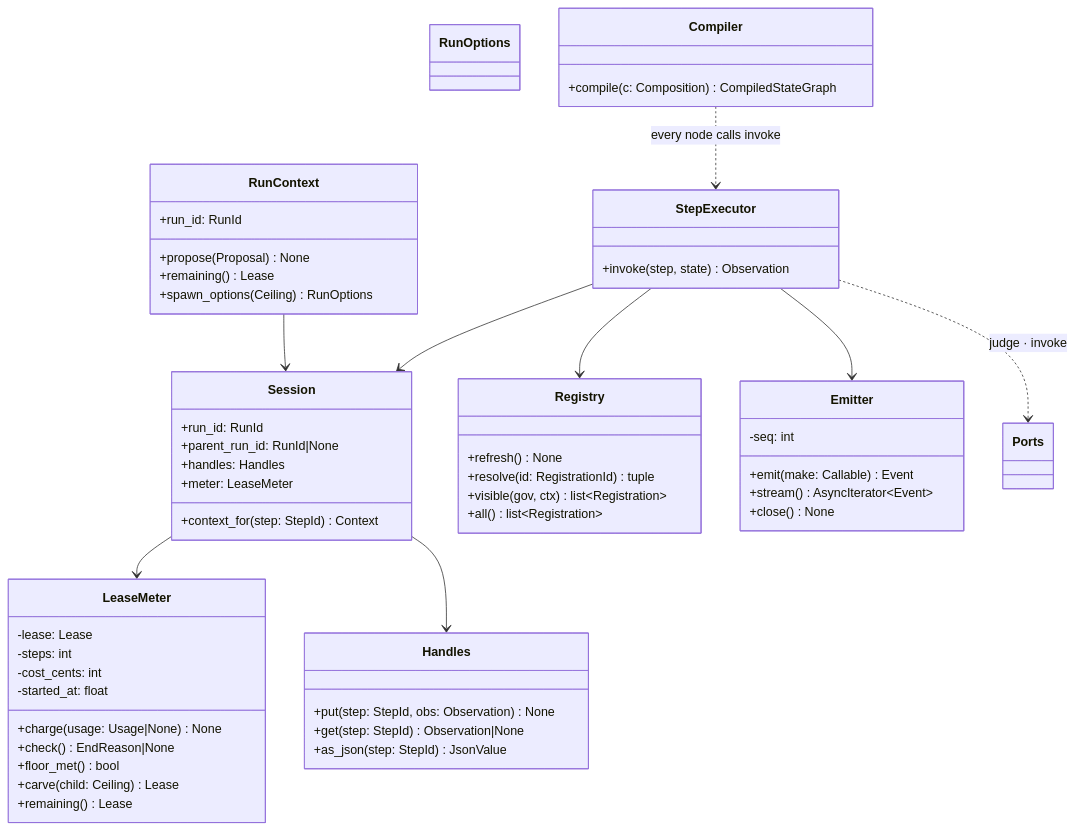
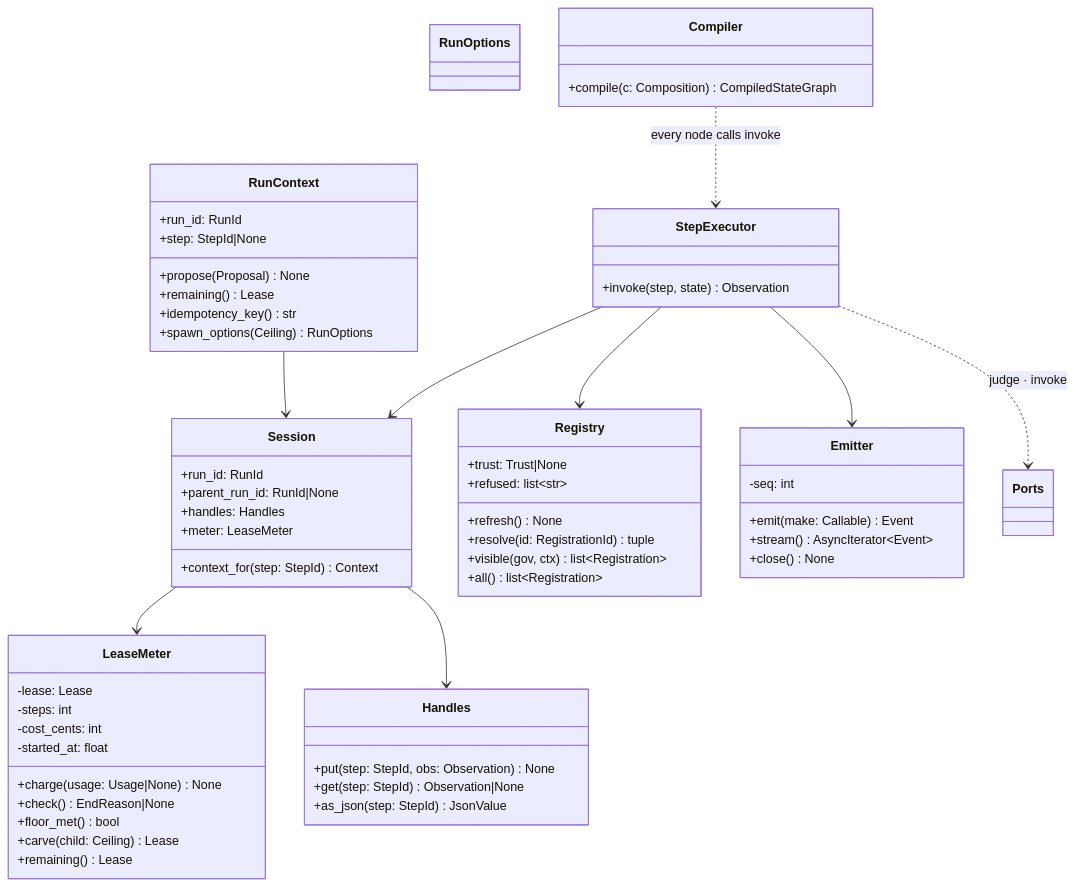
One commit to avinash-singh-io/shadow-hdk changed the diagram in specs/architecture/runtime.md. Above: the diagram before and after it, drawn with Mermaid. The commit also changed other lines of this file and 5 other files, not shown here.

````diff
--- a/specs/architecture/runtime.md
+++ b/specs/architecture/runtime.md
@@ -70,60 +70,64 @@
 ```mermaid
 classDiagram
   class Ports
   class RunOptions
   class RunContext {
     +run_id: RunId
     +propose(Proposal) None
     +remaining() Lease
+    +step: StepId|None
+    +idempotency_key() str
     +spawn_options(Ceiling) RunOptions
   }
   class Session {
     +run_id: RunId
     +parent_run_id: RunId|None
     +handles: Handles
     +meter: LeaseMeter
     +context_for(step: StepId) Context
   }
   class LeaseMeter {
     -lease: Lease
     -steps: int
     -cost_cents: int
     -started_at: float
     +charge(usage: Usage|None) None
     +check() EndReason|None
     +floor_met() bool
     +carve(child: Ceiling) Lease
     +remaining() Lease
   }
   class Handles {
     +put(step: StepId, obs: Observation) None
     +get(step: StepId) Observation|None
     +as_json(step: StepId) JsonValue
   }
   class Emitter {
     -seq: int
     +emit(make: Callable) Event
     +stream() AsyncIterator~Event~
     +close() None
   }
   class Registry {
+    +trust: Trust|None
+    +refused: list~str~
     +refresh() None
     +resolve(id: RegistrationId) tuple
     +visible(gov, ctx) list~Registration~
     +all() list~Registration~
   }
   class StepExecutor {
     +invoke(step, state) Observation
   }
   class Compiler {
     +compile(c: Composition) CompiledStateGraph
   }
   Session --> LeaseMeter
   Session --> Handles
   StepExecutor --> Session
   StepExecutor --> Registry
   StepExecutor --> Emitter
   StepExecutor ..> Ports : judge · invoke
   Compiler ..> StepExecutor : every node calls invoke
   RunContext --> Session
 ```
````
